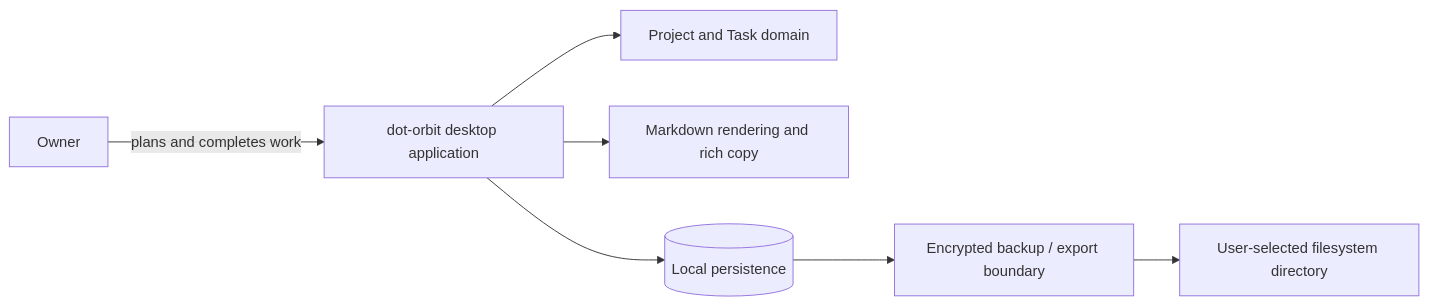
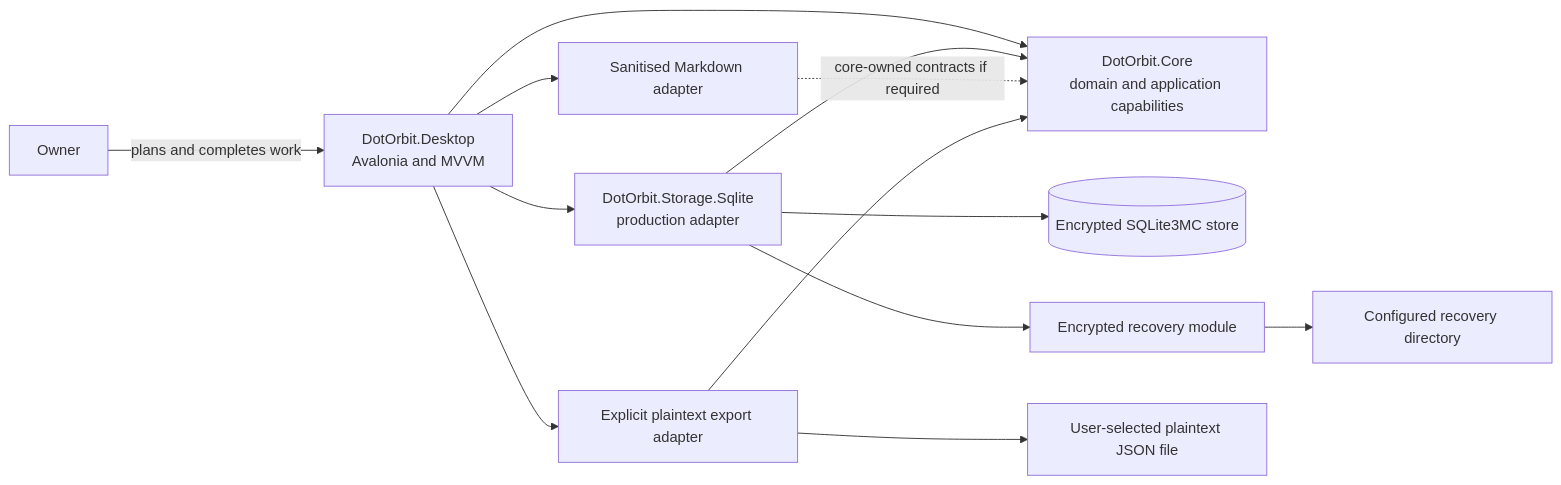
One commit to nullabletype/dot-orbit changed the diagram in docs/architecture/system-context.md. Above: the diagram before and after it, drawn with Mermaid. The commit also changed other lines of this file and 2 other files, not shown here.

Commit message:
Record architecture and engineering rules

````diff
--- a/docs/architecture/system-context.md
+++ b/docs/architecture/system-context.md
@@ -5,9 +5,15 @@
 ```mermaid
 flowchart LR
-    Owner[Owner] -->|plans and completes work| Desktop[dot-orbit desktop application]
-    Desktop --> Domain[Project and Task domain]
-    Desktop --> Markdown[Markdown rendering and rich copy]
-    Desktop --> Store[(Local persistence)]
-    Store --> Backup[Encrypted backup / export boundary]
-    Backup --> Folder[User-selected filesystem directory]
+    Owner[Owner] -->|plans and completes work| Desktop[DotOrbit.Desktop<br/>Avalonia and MVVM]
+    Desktop --> Core[DotOrbit.Core<br/>domain and application capabilities]
+    Desktop --> Storage[DotOrbit.Storage.Sqlite<br/>production adapter]
+    Desktop --> Markdown[Sanitised Markdown adapter]
+    Desktop --> Export[Explicit plaintext export adapter]
+    Storage --> Core
+    Markdown -.->|core-owned contracts if required| Core
+    Export --> Core
+    Storage --> Store[(Encrypted SQLite3MC store)]
+    Storage --> Recovery[Encrypted recovery module]
+    Recovery --> BackupFolder[Configured recovery directory]
+    Export --> ExportFile[User-selected plaintext JSON file]
 ```
````
